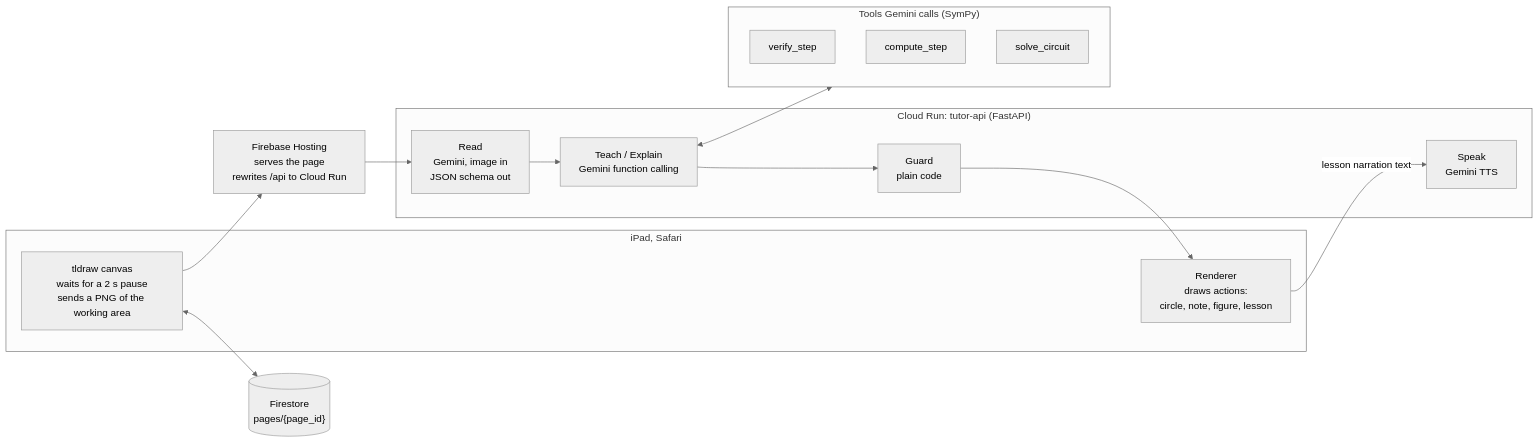
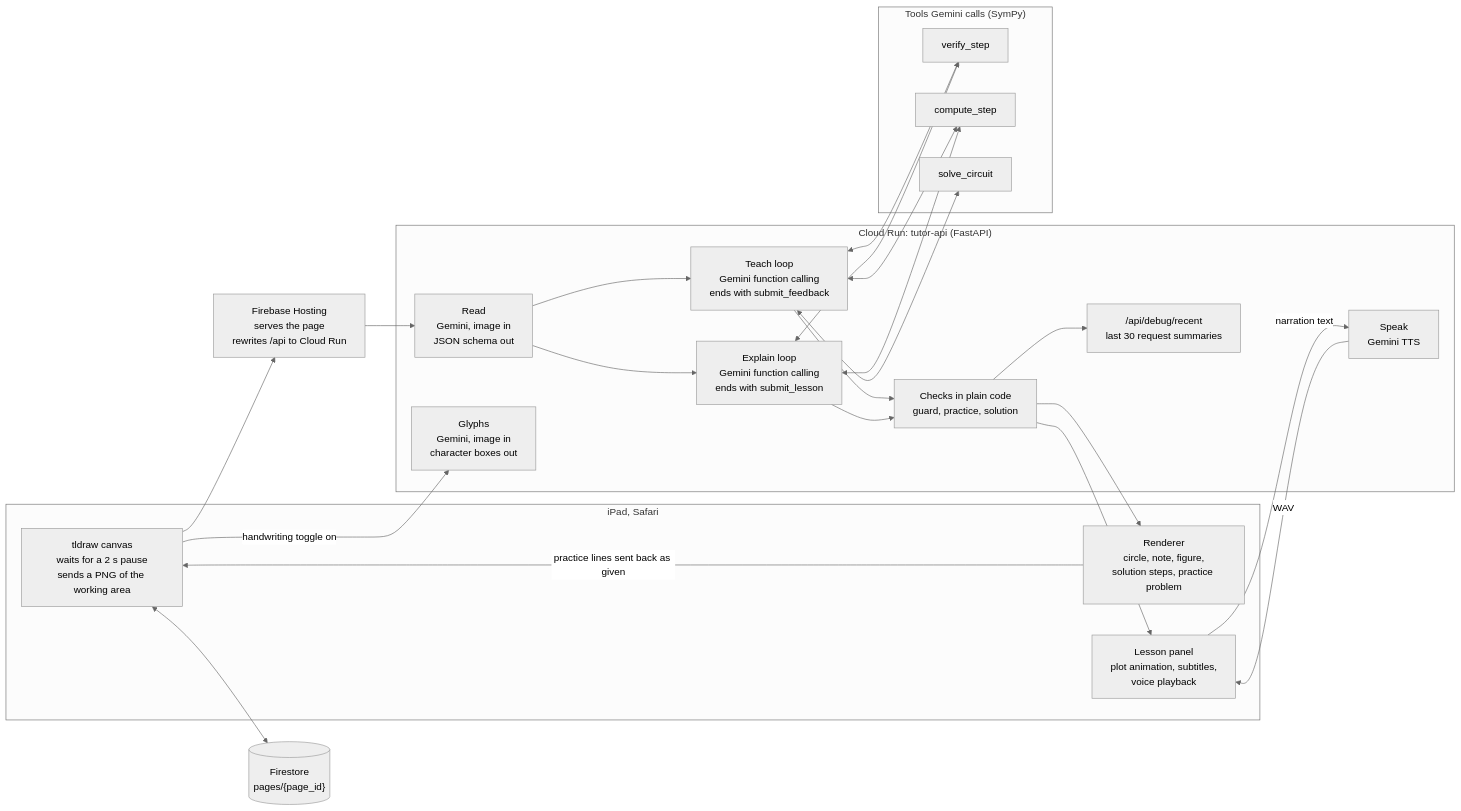
Before and after one commit to Preet37/GDGCHacks: the diagram in docs/DEVPOST.md, drawn with Mermaid (neutral theme). The commit also changed other lines of this file and 3 other files, not shown here.

````diff
--- a/docs/DEVPOST.md
+++ b/docs/DEVPOST.md
@@ -51,24 +56,42 @@
 ```mermaid
 flowchart LR
     subgraph iPad["iPad, Safari"]
         C["tldraw canvas<br/>waits for a 2 s pause<br/>sends a PNG of the working area"]
-        D["Renderer<br/>draws actions:<br/>circle, note, figure, lesson"]
+        D["Renderer<br/>circle, note, figure,<br/>solution steps, practice problem"]
+        P["Lesson panel<br/>plot animation, subtitles,<br/>voice playback"]
     end
     FH["Firebase Hosting<br/>serves the page<br/>rewrites /api to Cloud Run"]
     subgraph CR["Cloud Run: tutor-api (FastAPI)"]
         R["Read<br/>Gemini, image in<br/>JSON schema out"]
-        T["Teach / Explain<br/>Gemini function calling"]
-        G["Guard<br/>plain code"]
+        T["Teach loop<br/>Gemini function calling<br/>ends with submit_feedback"]
+        E["Explain loop<br/>Gemini function calling<br/>ends with submit_lesson"]
+        G["Checks in plain code<br/>guard, practice, solution"]
         S["Speak<br/>Gemini TTS"]
+        Y["Glyphs<br/>Gemini, image in<br/>character boxes out"]
+        DBG["/api/debug/recent<br/>last 30 request summaries"]
     end
     subgraph Tools["Tools Gemini calls (SymPy)"]
         V["verify_step"]
         K["compute_step"]
         N["solve_circuit"]
     end
     FS[("Firestore<br/>pages/{page_id}")]
-    C --> FH --> R --> T --> G --> D
-    T <--> Tools
-    D -- "lesson narration text" --> S
+    C --> FH --> R
+    R --> T
+    R --> E
+    T <--> V
+    T <--> K
+    T <--> N
+    E <--> V
+    E <--> K
+    T --> G
+    E --> G
+    G --> D
+    G --> P
+    P -- "narration text" --> S
+    S -- "WAV" --> P
+    D -- "practice lines sent back as given" --> C
+    C -- "handwriting toggle on" --> Y
     C <--> FS
+    G --> DBG
 ```
````
